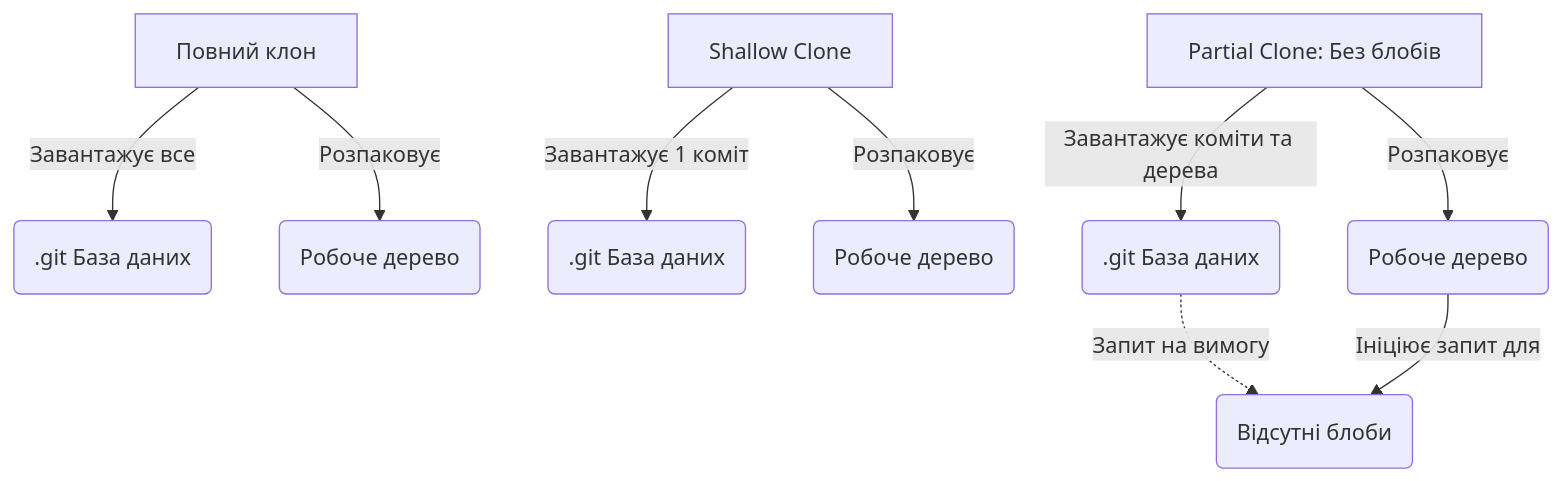
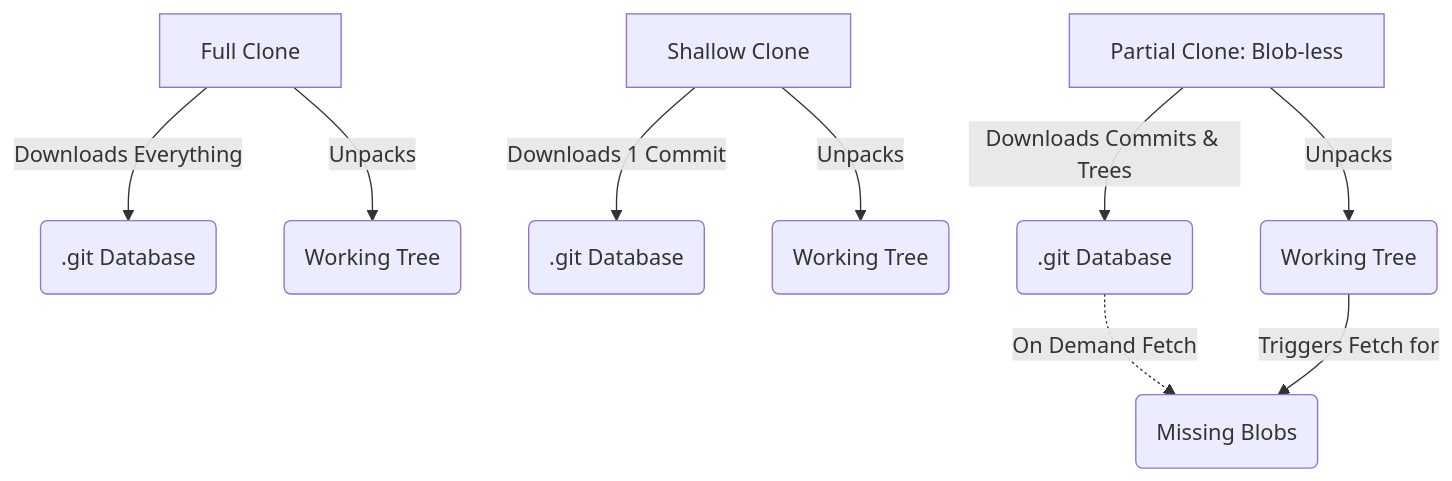
The second of 3 diagrams in src/content/docs/uk/prerequisites/git-deep-dive/module-8-scale.md (kube-dojo/kube-dojo), drawn with Mermaid before and after one commit. The commit also changed other lines of this file and 9 other files, not shown here.

````diff
--- a/src/content/docs/uk/prerequisites/git-deep-dive/module-8-scale.md
+++ b/src/content/docs/uk/prerequisites/git-deep-dive/module-8-scale.md
@@ -137,13 +131,13 @@
 ```mermaid
 graph TD
-    A[Повний клон] -->|Завантажує все| B(.git База даних)
-    A -->|Розпаковує| C(Робоче дерево)
+    A[Full Clone] -->|Downloads Everything| B(.git Database)
+    A -->|Unpacks| C(Working Tree)
     
-    D[Shallow Clone] -->|Завантажує 1 коміт| E(.git База даних)
-    D -->|Розпаковує| F(Робоче дерево)
+    D[Shallow Clone] -->|Downloads 1 Commit| E(.git Database)
+    D -->|Unpacks| F(Working Tree)
     
-    G[Partial Clone: Без блобів] -->|Завантажує коміти та дерева| H(.git База даних)
-    H -.->|Запит на вимогу| I(Відсутні блоби)
-    G -->|Розпаковує| J(Робоче дерево)
-    J -->|Ініціює запит для| I
+    G[Partial Clone: Blob-less] -->|Downloads Commits & Trees| H(.git Database)
+    H -.->|On Demand Fetch| I(Missing Blobs)
+    G -->|Unpacks| J(Working Tree)
+    J -->|Triggers Fetch for| I
 ```
````
